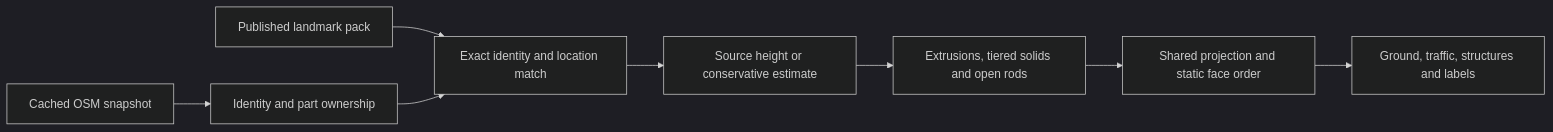
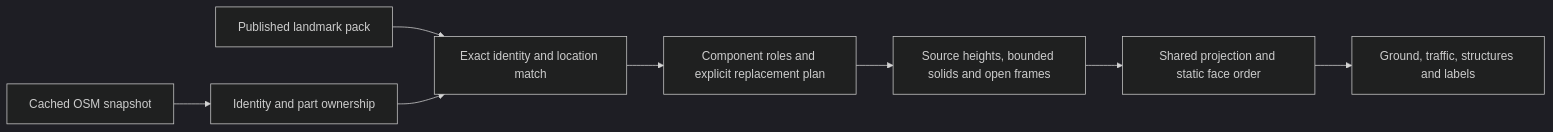
Before and after one commit to Gway0521/lumen-streets: the diagram in docs/BUILDINGS.md, drawn with Mermaid (dark theme). The commit also changed other lines of this file and 7 other files, not shown here.

````diff
--- a/docs/BUILDINGS.md
+++ b/docs/BUILDINGS.md
@@ -7,10 +7,10 @@
 ```mermaid
 flowchart LR
   A[Cached OSM snapshot] --> B[Identity and part ownership]
   P[Published landmark pack] --> C[Exact identity and location match]
   B --> C
-  C --> D[Source height or conservative estimate]
-  D --> E[Extrusions, tiered solids and open rods]
+  C --> D[Component roles and explicit replacement plan]
+  D --> E[Source heights, bounded solids and open frames]
   E --> F[Shared projection and static face order]
   F --> G[Ground, traffic, structures and labels]
 ```
````
